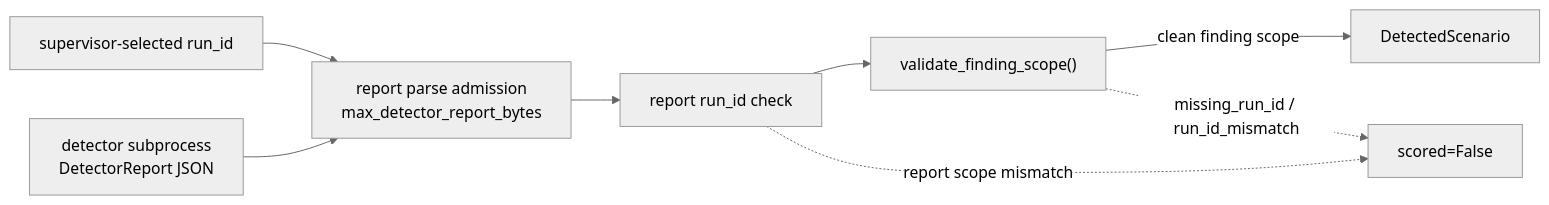
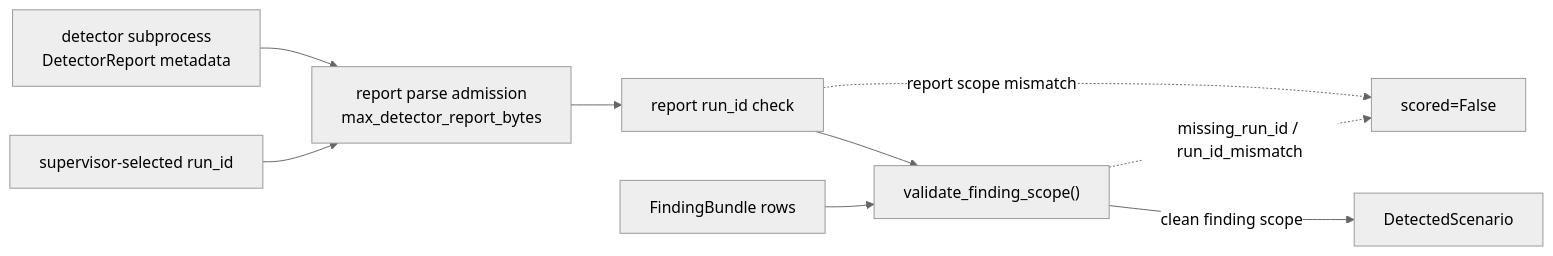
The third of 19 diagrams in README.md (nirosen/labs-OO-Agents), drawn with Mermaid (neutral theme) before and after one commit. The commit also changed other lines of this file and 6 other files, not shown here.

Commit message:
wire finding bundle into detector harness

````diff
--- a/README.md
+++ b/README.md
@@ -99,10 +131,11 @@
 ```mermaid
 flowchart LR
     S["supervisor-selected run_id"] --> A["report parse admission<br/>max_detector_report_bytes"]
-    D["detector subprocess<br/>DetectorReport JSON"] --> A
+    D["detector subprocess<br/>DetectorReport metadata"] --> A
     A --> R["report run_id check"]
-    R --> V["validate_finding_scope()"]
+    B["FindingBundle rows"] --> V["validate_finding_scope()"]
+    R --> V
     V -- "clean finding scope" --> O["DetectedScenario"]
     R -. "report scope mismatch" .-> X["scored=False"]
     V -. "missing_run_id / run_id_mismatch" .-> X
 ```
````
